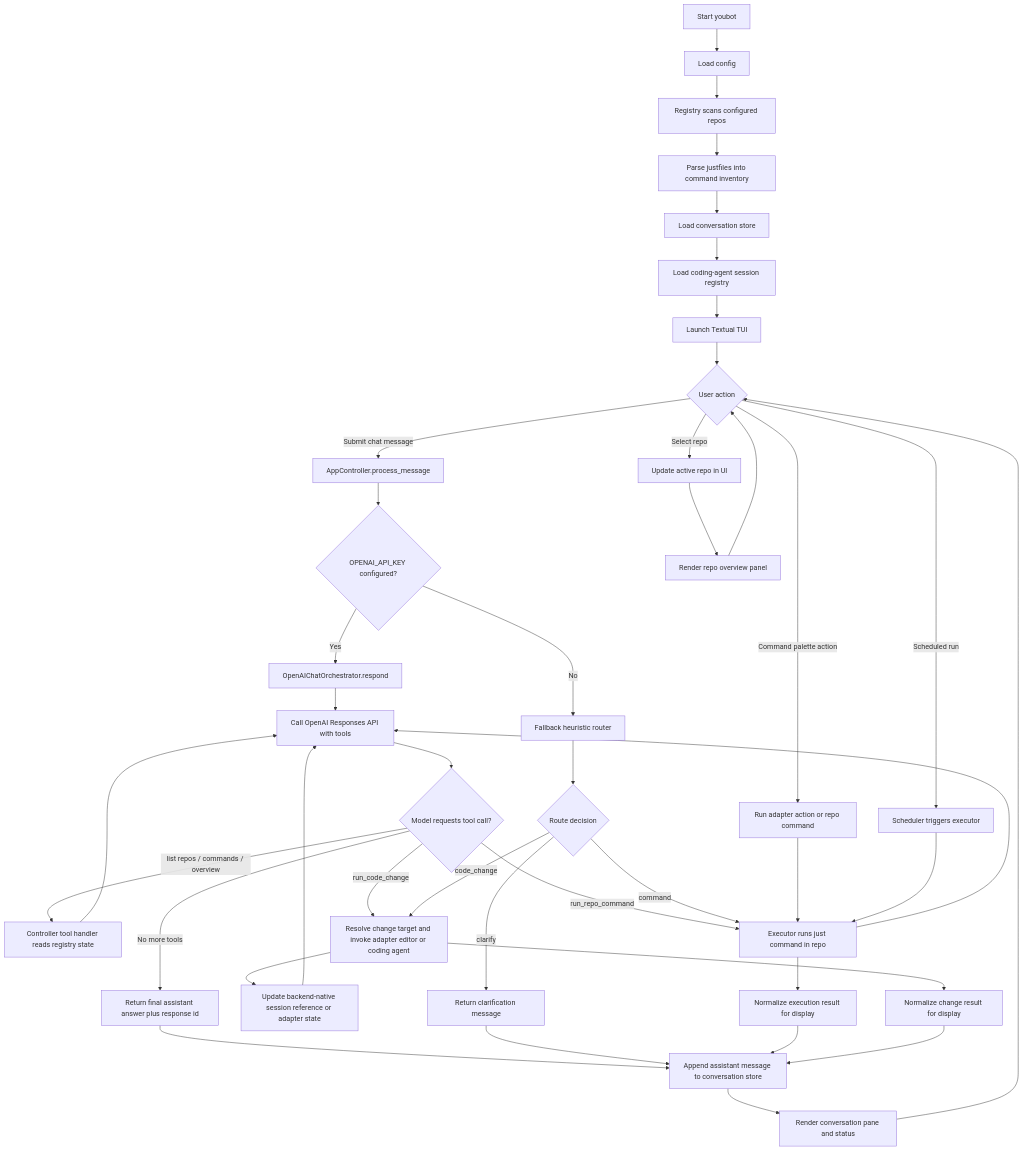
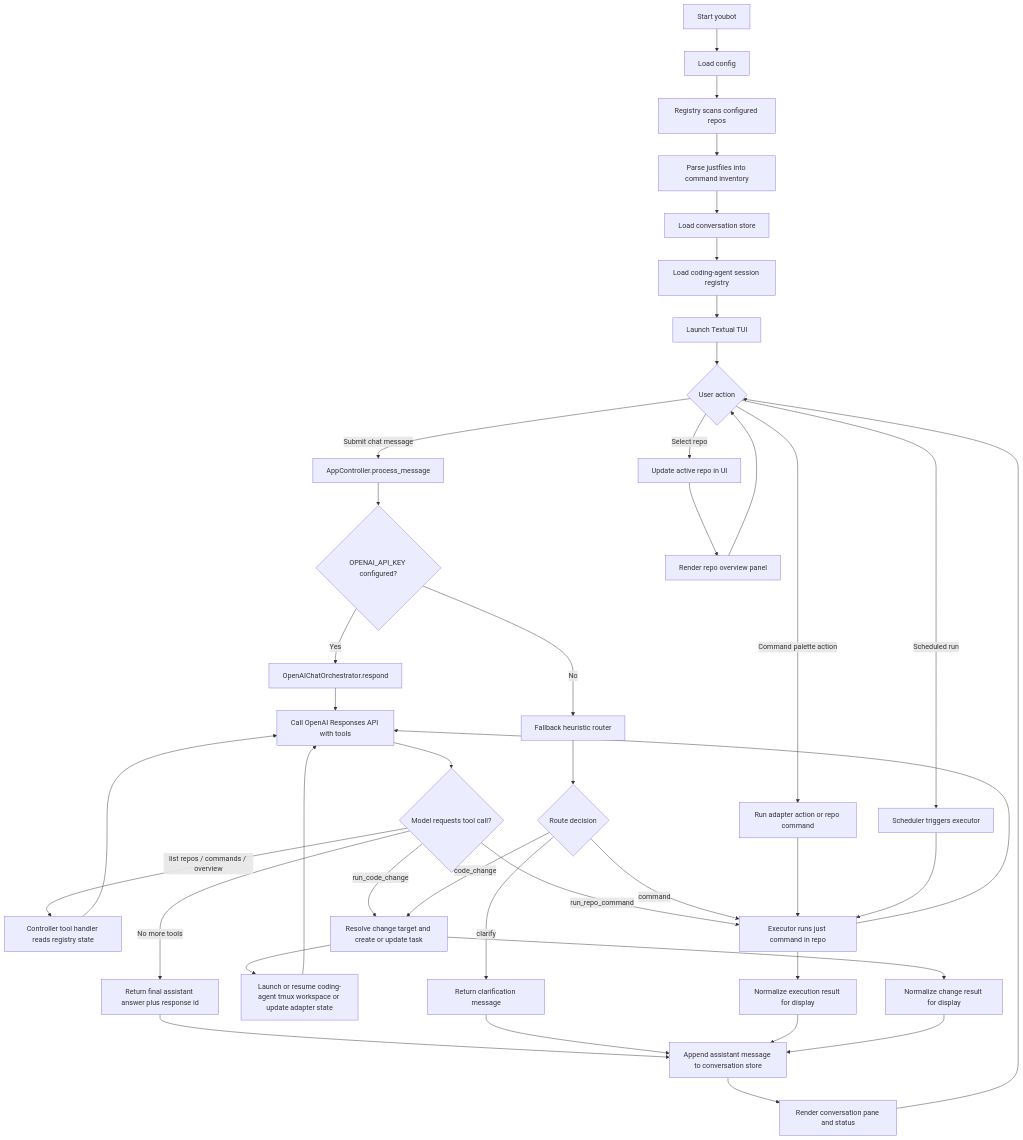
Before and after one commit to tombedor/youbot: the first of 2 diagrams in docs/architecture.md, drawn with Mermaid. The commit also changed other lines of this file and 14 other files, not shown here.

````diff
--- a/docs/architecture.md
+++ b/docs/architecture.md
@@ -232,50 +253,50 @@
 ```mermaid
 flowchart TD
     A[Start youbot] --> B[Load config]
     B --> C[Registry scans configured repos]
     C --> D[Parse justfiles into command inventory]
     D --> E[Load conversation store]
     E --> F[Load coding-agent session registry]
     F --> G[Launch Textual TUI]
     G --> H{User action}
 
     H -->|Submit chat message| I[AppController.process_message]
     H -->|Select repo| J[Update active repo in UI]
     H -->|Command palette action| K[Run adapter action or repo command]
     H -->|Scheduled run| L[Scheduler triggers executor]
 
     I --> M{OPENAI_API_KEY configured?}
     M -->|Yes| N[OpenAIChatOrchestrator.respond]
     M -->|No| O[Fallback heuristic router]
 
     N --> P[Call OpenAI Responses API with tools]
     P --> Q{Model requests tool call?}
     Q -->|list repos / commands / overview| R[Controller tool handler reads registry state]
     Q -->|run_repo_command| S[Executor runs just command in repo]
-    Q -->|run_code_change| T[Resolve change target and invoke adapter editor or coding agent]
+    Q -->|run_code_change| T[Resolve change target and create or update task]
     Q -->|No more tools| U[Return final assistant answer plus response id]
     R --> P
     S --> P
-    T --> V[Update backend-native session reference or adapter state]
+    T --> V[Launch or resume coding-agent tmux workspace or update adapter state]
     V --> P
 
     O --> W{Route decision}
     W -->|command| S
     W -->|code_change| T
     W -->|clarify| X[Return clarification message]
 
     K --> S
     L --> S
 
     U --> Y[Append assistant message to conversation store]
     X --> Y
     S --> Z[Normalize execution result for display]
     T --> AA[Normalize change result for display]
     Z --> Y
     AA --> Y
 
     J --> AB[Render repo overview panel]
     Y --> AC[Render conversation pane and status]
     AB --> H
     AC --> H
 ```
````
